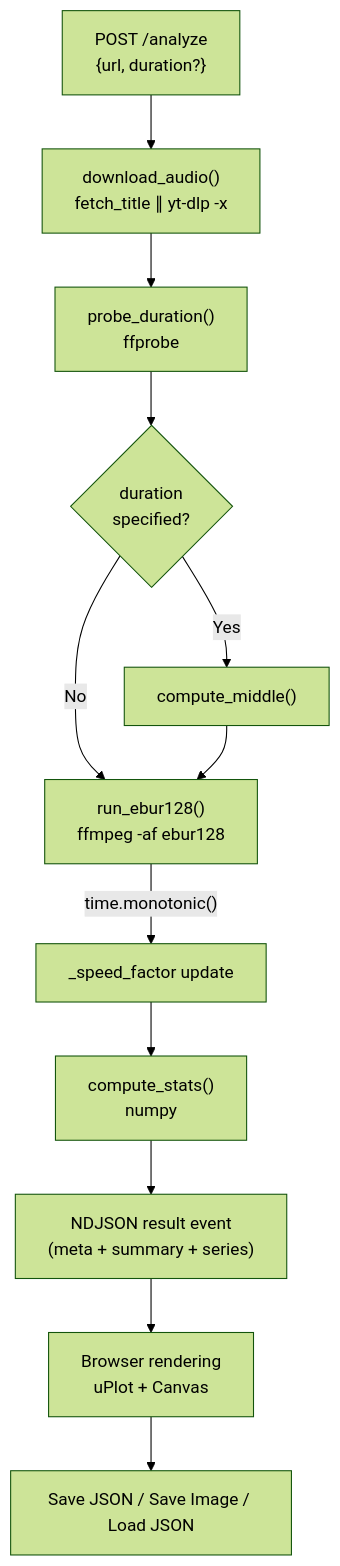
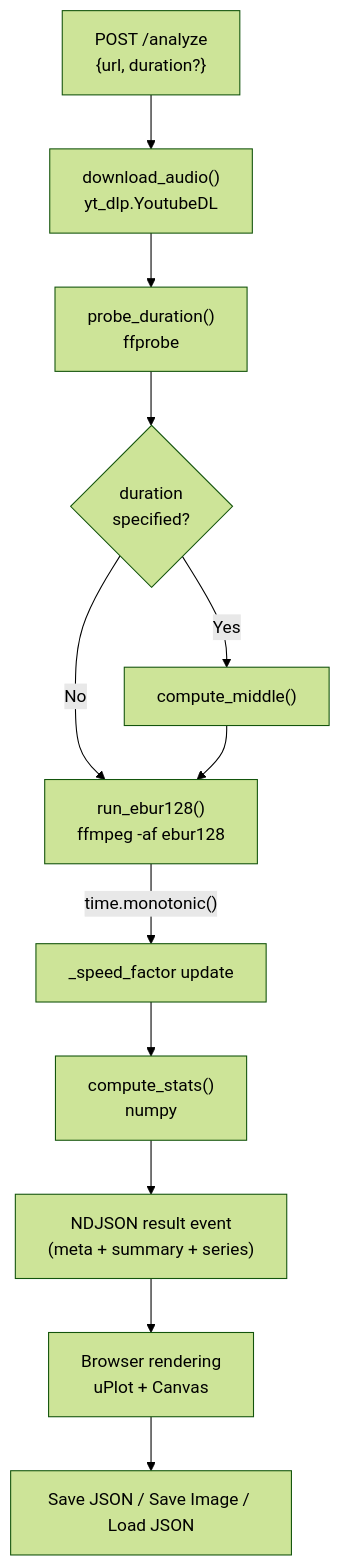
The third of 3 diagrams in docs/architecture.md (semnil/analyze-loudness), drawn with Mermaid (forest theme) before and after one commit. The commit also changed other lines of this file and 3 other files, not shown here.

First line of the commit message:
docs: architecture / security-audit / CLAUDE / README を更新

````diff
--- a/docs/architecture.md
+++ b/docs/architecture.md
@@ -79,14 +79,14 @@
 ```mermaid
 graph TD
-    A["POST /analyze<br/>{url, duration?}"] --> B["download_audio()<br/>fetch_title ∥ yt-dlp -x"]
+    A["POST /analyze<br/>{url, duration?}"] --> B["download_audio()<br/>yt_dlp.YoutubeDL"]
     B --> C["probe_duration()<br/>ffprobe"]
     C --> D{"duration<br/>specified?"}
     D -->|Yes| E["compute_middle()"]
     D -->|No| F["run_ebur128()<br/>ffmpeg -af ebur128"]
     E --> F
     F -->|"time.monotonic()"| G["_speed_factor update"]
     G --> H["compute_stats()<br/>numpy"]
     H --> I["NDJSON result event<br/>(meta + summary + series)"]
     I --> J["Browser rendering<br/>uPlot + Canvas"]
     J --> K["Save JSON / Save Image / Load JSON"]
 ```
````
